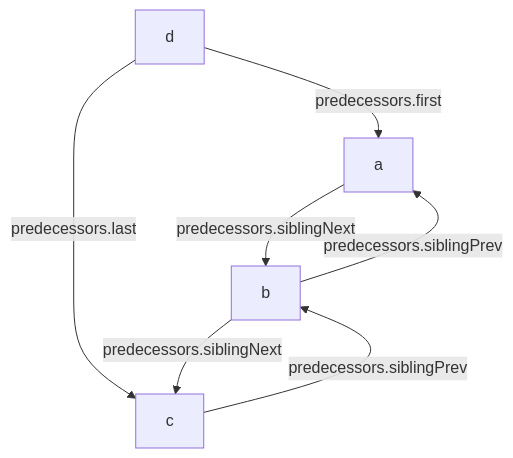
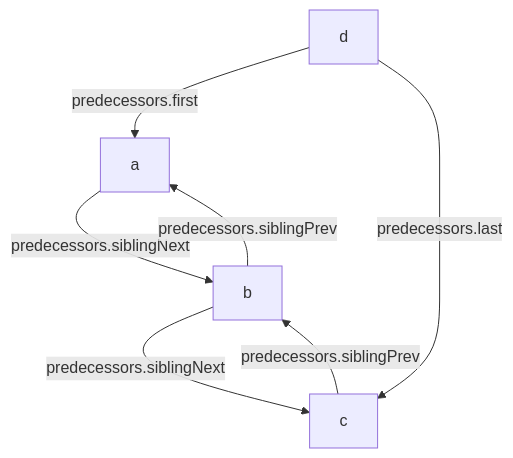
One commit to vczh-websites/vczh changed diagram 13 of 13 in Blog/GLR-Refactoring/Mermaid.md. Above: the diagram before and after it, drawn with Mermaid. The commit also changed other lines of this file, not shown here.

````diff
--- a/Blog/GLR-Refactoring/Mermaid.md
+++ b/Blog/GLR-Refactoring/Mermaid.md
@@ -247,10 +247,10 @@
 ```mermaid
 graph TD
-  d-- predecessors.first -->a
-  d~~~b
-  d-- predecessors.last -->c
   a-- predecessors.siblingNext -->b
   b-- predecessors.siblingNext -->c
   c-- predecessors.siblingPrev -->b
   b-- predecessors.siblingPrev -->a
+  d-- predecessors.first -->a
+  d~~~b
+  d-- predecessors.last -->c
 ```
````
